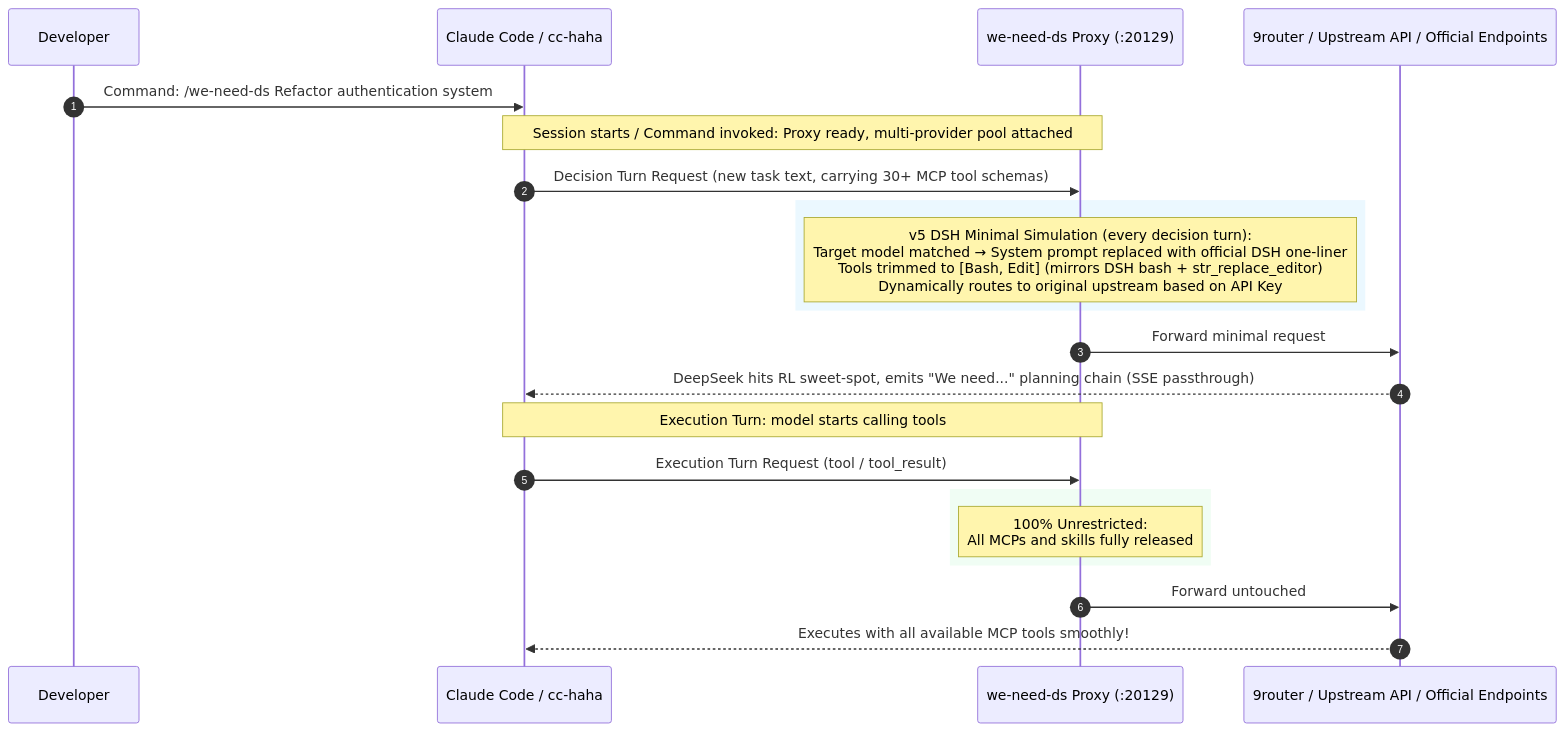
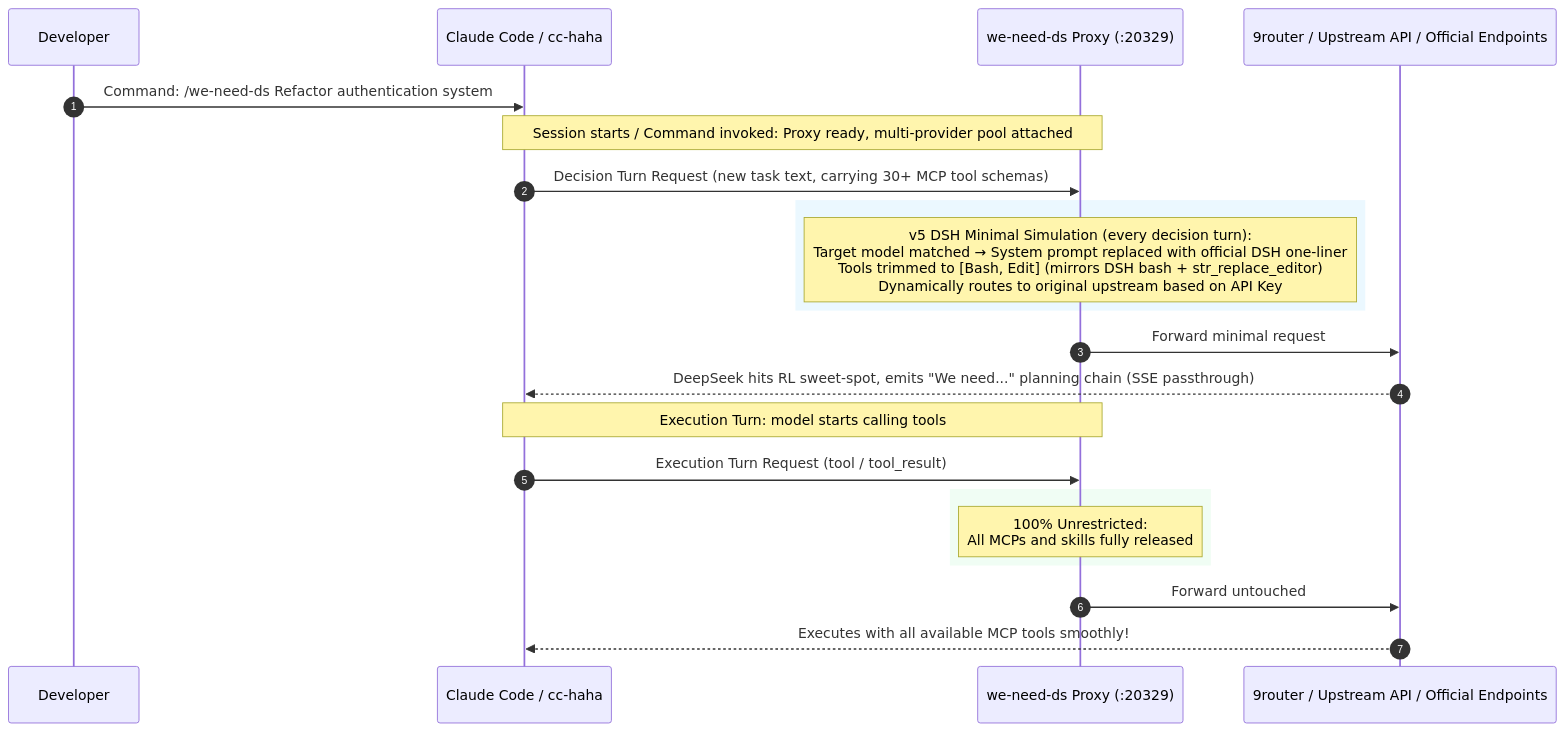
Before and after one commit to YixuAnsensei/we-need-ds: the diagram in README_EN.md, drawn with Mermaid. The commit also changed other lines of this file and 8 other files, not shown here.

````diff
--- a/README_EN.md
+++ b/README_EN.md
@@ -36,29 +36,29 @@
 ```mermaid
 sequenceDiagram
     autonumber
     participant User as Developer
     participant CC as Claude Code / cc-haha
-    participant Proxy as we-need-ds Proxy (:20129)
+    participant Proxy as we-need-ds Proxy (:20329)
     participant Router as 9router / Upstream API / Official Endpoints
 
     User->>CC: Command: /we-need-ds Refactor authentication system
     Note over CC,Proxy: Session starts / Command invoked: Proxy ready, multi-provider pool attached
     CC->>Proxy: Decision Turn Request (new task text, carrying 30+ MCP tool schemas)
     
     rect rgb(235, 248, 255)
     Note over Proxy: v5 DSH Minimal Simulation (every decision turn):<br/>Target model matched → System prompt replaced with official DSH one-liner<br/>Tools trimmed to [Bash, Edit] (mirrors DSH bash + str_replace_editor)<br/>Dynamically routes to original upstream based on API Key
     end
     
     Proxy->>Router: Forward minimal request
     Router-->>CC: DeepSeek hits RL sweet-spot, emits "We need..." planning chain (SSE passthrough)
     
     Note over CC,Proxy: Execution Turn: model starts calling tools
     CC->>Proxy: Execution Turn Request (tool / tool_result)
     
     rect rgb(240, 253, 244)
     Note over Proxy: 100% Unrestricted:<br/>All MCPs and skills fully released
     end
     
     Proxy->>Router: Forward untouched
     Router-->>CC: Executes with all available MCP tools smoothly!
 ```
````
